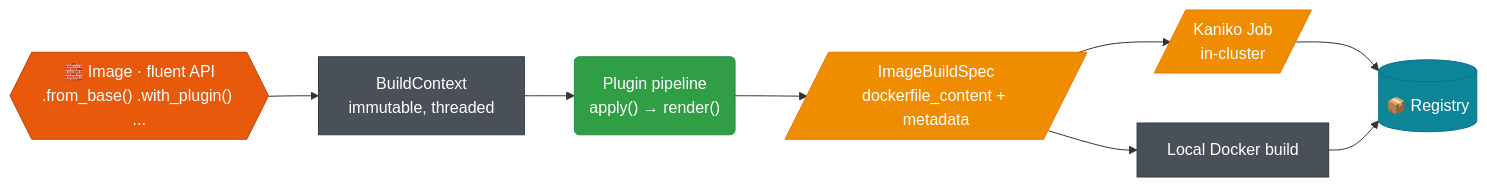
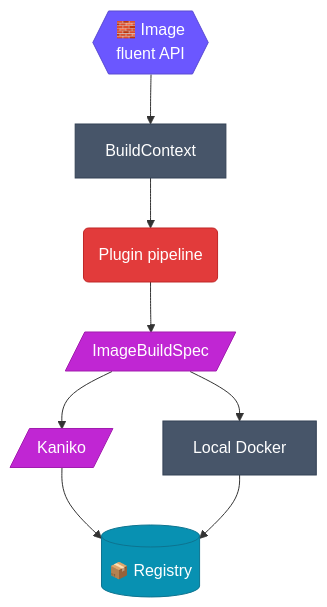
The diagram in website/docs/architecture/image-builder.md (JetBrains-Research/idegym), drawn with Mermaid before and after one commit. The commit also changed 9 other files, not shown here.

First line of the commit message:
[JBRes-9938] recolor diagrams to brand palette + tighten & un-stretch

````diff
--- a/website/docs/architecture/image-builder.md
+++ b/website/docs/architecture/image-builder.md
@@ -16,27 +16,27 @@
 ```mermaid
-flowchart LR
-    img{{"🧱 Image · fluent API<br/>.from_base() .with_plugin() ..."}}:::ctrl
-    ctx["BuildContext<br/>immutable, threaded"]:::infra
-    plugins("Plugin pipeline<br/>apply() → render()"):::tool
-    spec[/"ImageBuildSpec<br/>dockerfile_content + metadata"/]:::build
-    kaniko[/"Kaniko Job<br/>in-cluster"/]:::build
-    docker["Local Docker build"]:::infra
+flowchart TB
+    img{{"🧱 Image<br/>fluent API"}}:::ctrl
+    ctx["BuildContext"]:::infra
+    plugins("Plugin pipeline"):::tool
+    spec[/"ImageBuildSpec"/]:::build
+    kaniko[/"Kaniko"/]:::build
+    docker["Local Docker"]:::infra
     reg[("📦 Registry")]:::store
 
     img --> ctx --> plugins --> spec
     spec --> kaniko --> reg
     spec --> docker --> reg
 
-    classDef ctrl fill:#e8590c,stroke:#c04405,color:#fff;
-    classDef infra fill:#495057,stroke:#343a40,color:#fff;
-    classDef tool fill:#2f9e44,stroke:#2b8a3e,color:#fff;
-    classDef build fill:#f08c00,stroke:#e67700,color:#fff;
-    classDef store fill:#0c8599,stroke:#0b7285,color:#fff;
+    classDef ctrl fill:#6b57ff,stroke:#5b4bd2,color:#fff;
+    classDef infra fill:#475569,stroke:#334155,color:#fff;
+    classDef tool fill:#e23b3b,stroke:#c02626,color:#fff;
+    classDef build fill:#c026d3,stroke:#a21caf,color:#fff;
+    classDef store fill:#0891b2,stroke:#0e7490,color:#fff;
 
     click img "https://github.com/JetBrains-Research/idegym/blob/main/image-builder/src/idegym/image/builder.py" "Image fluent API source"
     click plugins "https://github.com/JetBrains-Research/idegym/blob/main/plugins/defaults/src/idegym/plugins/defaults/image.py" "Built-in image plugins source"
     click ctx "https://github.com/JetBrains-Research/idegym/blob/main/api/src/idegym/api/plugin.py" "BuildContext source"
     click spec "https://github.com/JetBrains-Research/idegym/blob/main/api/src/idegym/api/image_build.py" "ImageBuildSpec source"
     click docker "https://github.com/JetBrains-Research/idegym/blob/main/image-builder/src/idegym/image/docker_api.py" "Docker build source"
     click kaniko "https://github.com/JetBrains-Research/idegym/blob/main/backend-utils/src/idegym/backend/utils/kubernetes_client.py" "Kaniko submit source"
 ```
````
